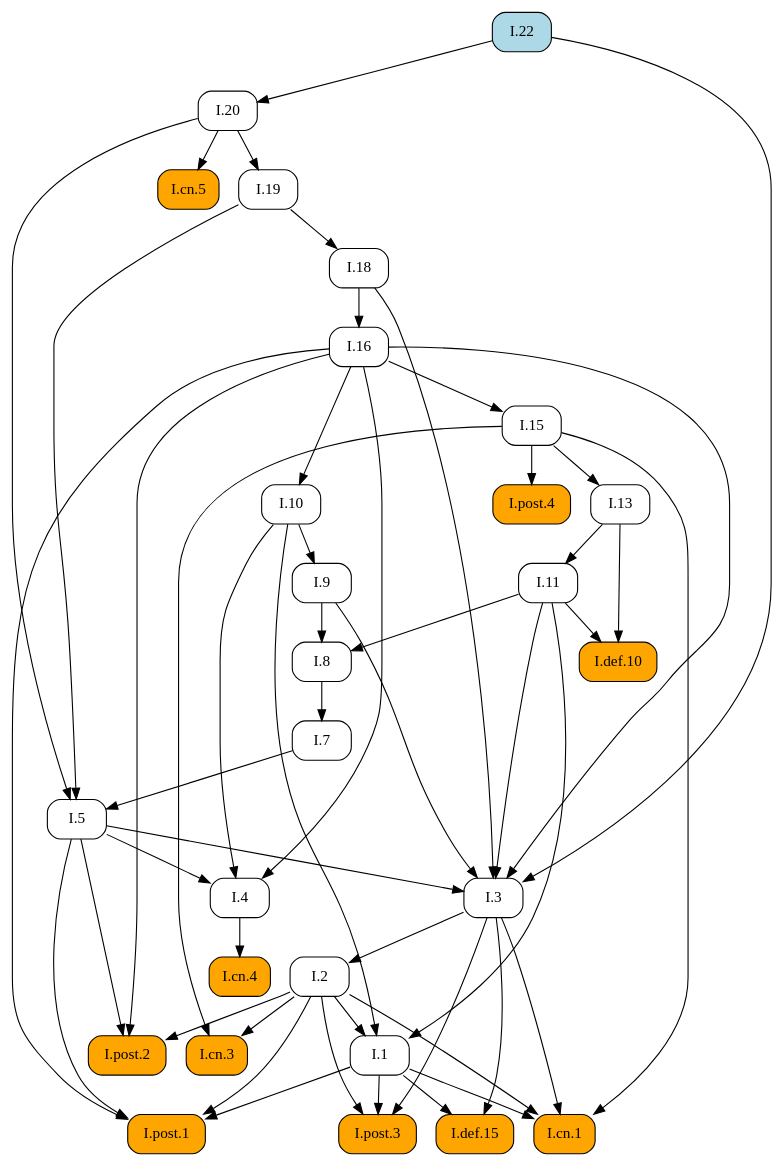
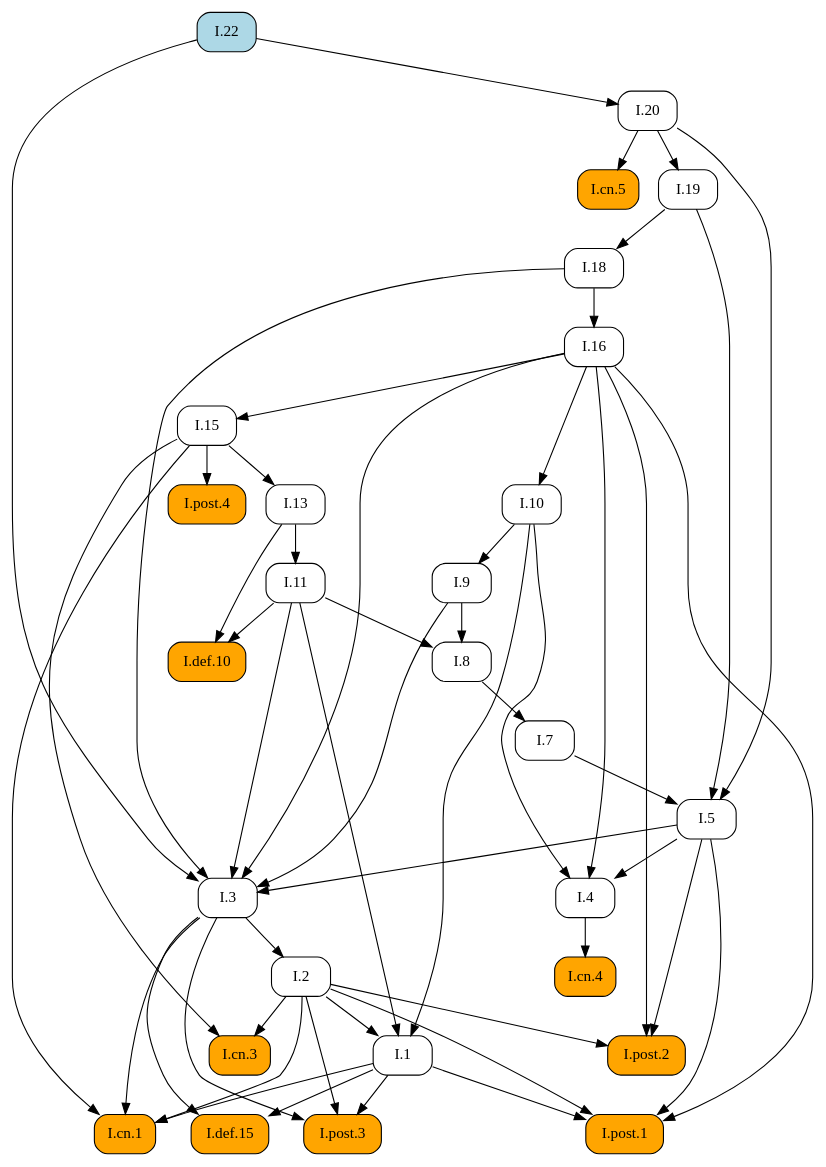
Before and after one commit to geometor/elements: the diagram in docsrc/heath/I/22/index.rst, drawn with Graphviz. The commit also changed other lines of this file and 484 other files, not shown here.

```diff
--- a/docsrc/heath/I/22/index.rst
+++ b/docsrc/heath/I/22/index.rst
@@ -90,82 +90,82 @@
    digraph {
      rankdir="TB";
      node [shape=box, style=rounded];
-     "I.def.10" [style="rounded,filled", fillcolor=orange, URL="/heath/I/def.10/", target="_top"];
-     "I.cn.5" [style="rounded,filled", fillcolor=orange, URL="/heath/I/cn.5/", target="_top"];
-     "I.post.4" [style="rounded,filled", fillcolor=orange, URL="/heath/I/post.4/", target="_top"];
-     "I.1" [URL="/heath/I/1/", target="_top"];
-     "I.11" [URL="/heath/I/11/", target="_top"];
-     "I.7" [URL="/heath/I/7/", target="_top"];
-     "I.20" [URL="/heath/I/20/", target="_top"];
-     "I.3" [URL="/heath/I/3/", target="_top"];
-     "I.2" [URL="/heath/I/2/", target="_top"];
-     "I.4" [URL="/heath/I/4/", target="_top"];
-     "I.13" [URL="/heath/I/13/", target="_top"];
-     "I.post.2" [style="rounded,filled", fillcolor=orange, URL="/heath/I/post.2/", target="_top"];
-     "I.18" [URL="/heath/I/18/", target="_top"];
-     "I.22" [style="rounded,filled", fillcolor=lightblue, URL="/heath/I/22/", target="_top"];
-     "I.16" [URL="/heath/I/16/", target="_top"];
-     "I.def.15" [style="rounded,filled", fillcolor=orange, URL="/heath/I/def.15/", target="_top"];
-     "I.19" [URL="/heath/I/19/", target="_top"];
-     "I.post.3" [style="rounded,filled", fillcolor=orange, URL="/heath/I/post.3/", target="_top"];
      "I.9" [URL="/heath/I/9/", target="_top"];
      "I.cn.1" [style="rounded,filled", fillcolor=orange, URL="/heath/I/cn.1/", target="_top"];
+     "I.7" [URL="/heath/I/7/", target="_top"];
+     "I.2" [URL="/heath/I/2/", target="_top"];
+     "I.def.15" [style="rounded,filled", fillcolor=orange, URL="/heath/I/def.15/", target="_top"];
+     "I.13" [URL="/heath/I/13/", target="_top"];
+     "I.post.4" [style="rounded,filled", fillcolor=orange, URL="/heath/I/post.4/", target="_top"];
+     "I.4" [URL="/heath/I/4/", target="_top"];
+     "I.1" [URL="/heath/I/1/", target="_top"];
+     "I.post.3" [style="rounded,filled", fillcolor=orange, URL="/heath/I/post.3/", target="_top"];
+     "I.post.1" [style="rounded,filled", fillcolor=orange, URL="/heath/I/post.1/", target="_top"];
+     "I.5" [URL="/heath/I/5/", target="_top"];
+     "I.19" [URL="/heath/I/19/", target="_top"];
+     "I.8" [URL="/heath/I/8/", target="_top"];
      "I.cn.3" [style="rounded,filled", fillcolor=orange, URL="/heath/I/cn.3/", target="_top"];
-     "I.8" [URL="/heath/I/8/", target="_top"];
+     "I.16" [URL="/heath/I/16/", target="_top"];
+     "I.20" [URL="/heath/I/20/", target="_top"];
+     "I.def.10" [style="rounded,filled", fillcolor=orange, URL="/heath/I/def.10/", target="_top"];
+     "I.18" [URL="/heath/I/18/", target="_top"];
+     "I.15" [URL="/heath/I/15/", target="_top"];
+     "I.10" [URL="/heath/I/10/", target="_top"];
+     "I.11" [URL="/heath/I/11/", target="_top"];
+     "I.22" [style="rounded,filled", fillcolor=lightblue, URL="/heath/I/22/", target="_top"];
      "I.cn.4" [style="rounded,filled", fillcolor=orange, URL="/heath/I/cn.4/", target="_top"];
-     "I.15" [URL="/heath/I/15/", target="_top"];
-     "I.post.1" [style="rounded,filled", fillcolor=orange, URL="/heath/I/post.1/", target="_top"];
-     "I.10" [URL="/heath/I/10/", target="_top"];
-     "I.5" [URL="/heath/I/5/", target="_top"];
-     "I.11" -> "I.def.10";
-     "I.13" -> "I.def.10";
-     "I.20" -> "I.cn.5";
+     "I.post.2" [style="rounded,filled", fillcolor=orange, URL="/heath/I/post.2/", target="_top"];
+     "I.cn.5" [style="rounded,filled", fillcolor=orange, URL="/heath/I/cn.5/", target="_top"];
+     "I.3" [URL="/heath/I/3/", target="_top"];
+     "I.10" -> "I.9";
+     "I.1" -> "I.cn.1";
+     "I.2" -> "I.cn.1";
+     "I.3" -> "I.cn.1";
+     "I.15" -> "I.cn.1";
+     "I.8" -> "I.7";
+     "I.3" -> "I.2";
+     "I.1" -> "I.def.15";
+     "I.3" -> "I.def.15";
+     "I.15" -> "I.13";
      "I.15" -> "I.post.4";
+     "I.5" -> "I.4";
+     "I.10" -> "I.4";
+     "I.16" -> "I.4";
      "I.2" -> "I.1";
      "I.10" -> "I.1";
      "I.11" -> "I.1";
+     "I.1" -> "I.post.3";
+     "I.2" -> "I.post.3";
+     "I.3" -> "I.post.3";
+     "I.1" -> "I.post.1";
+     "I.2" -> "I.post.1";
+     "I.5" -> "I.post.1";
+     "I.16" -> "I.post.1";
+     "I.7" -> "I.5";
+     "I.19" -> "I.5";
+     "I.20" -> "I.5";
+     "I.20" -> "I.19";
+     "I.9" -> "I.8";
+     "I.11" -> "I.8";
+     "I.2" -> "I.cn.3";
+     "I.15" -> "I.cn.3";
+     "I.18" -> "I.16";
+     "I.22" -> "I.20";
+     "I.11" -> "I.def.10";
+     "I.13" -> "I.def.10";
+     "I.19" -> "I.18";
+     "I.16" -> "I.15";
+     "I.16" -> "I.10";
      "I.13" -> "I.11";
-     "I.8" -> "I.7";
-     "I.22" -> "I.20";
+     "I.4" -> "I.cn.4";
+     "I.2" -> "I.post.2";
+     "I.5" -> "I.post.2";
+     "I.16" -> "I.post.2";
+     "I.20" -> "I.cn.5";
      "I.5" -> "I.3";
      "I.9" -> "I.3";
      "I.11" -> "I.3";
      "I.16" -> "I.3";
      "I.18" -> "I.3";
      "I.22" -> "I.3";
-     "I.3" -> "I.2";
-     "I.5" -> "I.4";
-     "I.10" -> "I.4";
-     "I.16" -> "I.4";
-     "I.15" -> "I.13";
-     "I.2" -> "I.post.2";
-     "I.5" -> "I.post.2";
-     "I.16" -> "I.post.2";
-     "I.19" -> "I.18";
-     "I.18" -> "I.16";
-     "I.1" -> "I.def.15";
-     "I.3" -> "I.def.15";
-     "I.20" -> "I.19";
-     "I.1" -> "I.post.3";
-     "I.2" -> "I.post.3";
-     "I.3" -> "I.post.3";
-     "I.10" -> "I.9";
-     "I.1" -> "I.cn.1";
-     "I.2" -> "I.cn.1";
-     "I.3" -> "I.cn.1";
-     "I.15" -> "I.cn.1";
-     "I.2" -> "I.cn.3";
-     "I.15" -> "I.cn.3";
-     "I.9" -> "I.8";
-     "I.11" -> "I.8";
-     "I.4" -> "I.cn.4";
-     "I.16" -> "I.15";
-     "I.1" -> "I.post.1";
-     "I.2" -> "I.post.1";
-     "I.5" -> "I.post.1";
-     "I.16" -> "I.post.1";
-     "I.16" -> "I.10";
-     "I.7" -> "I.5";
-     "I.19" -> "I.5";
-     "I.20" -> "I.5";
    }
```
